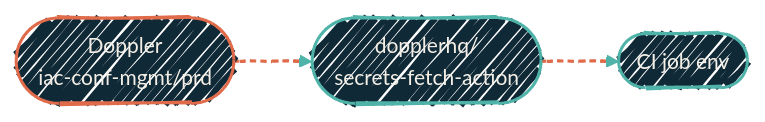
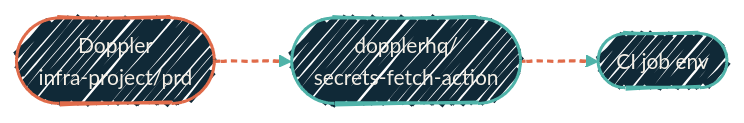
One commit to dryvist/docs changed the second of 3 diagrams in security/how-it-fits-together.mdx. Above: the diagram before and after it, drawn with Mermaid. The commit also changed 4 other files, not shown here.

First line of the commit message:
docs(security): genericize leaked Doppler project name (#80)

````diff
--- a/security/how-it-fits-together.mdx
+++ b/security/how-it-fits-together.mdx
@@ -50,17 +50,17 @@
 ```mermaid
 %%{init: {'theme':'base','look':'handDrawn','themeVariables':{'fontFamily':'Geist','fontSize':'14px','primaryColor':'#102937','primaryTextColor':'#F4EFE6','primaryBorderColor':'#4FB3A9','lineColor':'#4FB3A9','secondaryColor':'#0B1D2A','tertiaryColor':'#1A2A38','clusterBkg':'rgba(79,179,169,0.08)','clusterBorder':'#4FB3A9'}}}%%
 flowchart LR
-  Dop([Doppler<br/>iac-conf-mgmt/prd])
+  Dop([Doppler<br/>infra-project/prd])
   Act([dopplerhq/<br/>secrets-fetch-action])
   Job([CI job env])
 
   Dop --> Act --> Job
 
   classDef src fill:#102937,stroke:#E06B4A,stroke-width:2px,color:#F4EFE6;
   classDef hop fill:#102937,stroke:#4FB3A9,stroke-width:2px,color:#F4EFE6;
 
   class Dop src
   class Act,Job hop
 
   linkStyle 0,1 stroke:#E06B4A,stroke-width:2px,stroke-dasharray:4 3;
 ```
````
